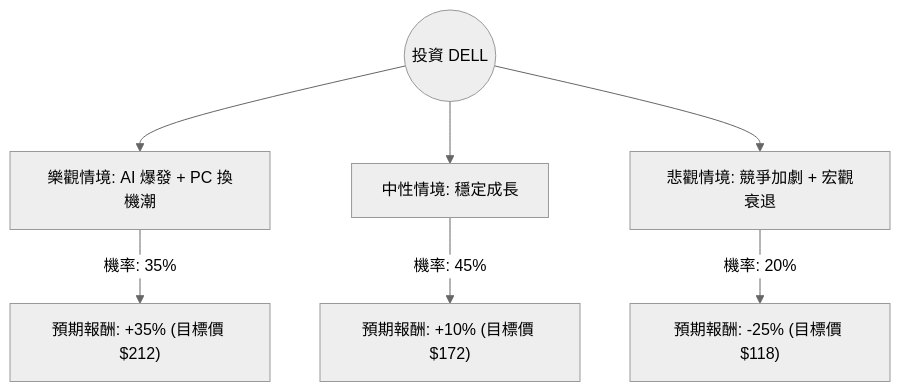
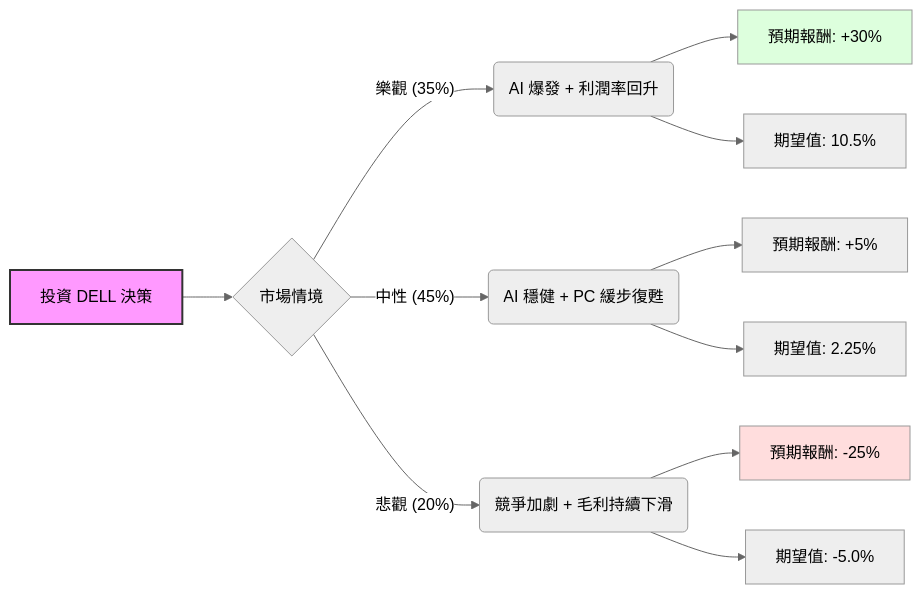
One commit to zmcx16/zmcx16.github.io changed the diagram in plugin-react/ai-analysis/ev-analysis/DELL.md. Above: the diagram before and after it, drawn with Mermaid (neutral theme). The commit also changed other lines of this file and 70 other files, not shown here.

````diff
--- a/plugin-react/ai-analysis/ev-analysis/DELL.md
+++ b/plugin-react/ai-analysis/ev-analysis/DELL.md
@@ -20,10 +19,20 @@
 ```mermaid
-graph TD
-    Start((投資 DELL)) --> Bull[樂觀情境: AI 爆發 + PC 換機潮]
-    Start --> Base[中性情境: 穩定成長]
-    Start --> Bear[悲觀情境: 競爭加劇 + 宏觀衰退]
+graph LR
+    A[投資 DELL 決策] --> B{市場情境}
+    
+    B -- 樂觀 (35%) --> C(AI 爆發 + 利潤率回升)
+    C --> C1[預期報酬: +30%]
+    C --> C2[期望值: 10.5%]
 
-    Bull -- "機率: 35%" --> Bull_EV["預期報酬: +35% (目標價 $212)"]
-    Base -- "機率: 45%" --> Base_EV["預期報酬: +10% (目標價 $172)"]
-    Bear -- "機率: 20%" --> Bear_EV["預期報酬: -25% (目標價 $118)"]
+    B -- 中性 (45%) --> D(AI 穩健 + PC 緩步復甦)
+    D --> D1[預期報酬: +5%]
+    D --> D2[期望值: 2.25%]
+
+    B -- 悲觀 (20%) --> E(競爭加劇 + 毛利持續下滑)
+    E --> E1[預期報酬: -25%]
+    E --> E2[期望值: -5.0%]
+
+    style A fill:#f9f,stroke:#333,stroke-width:2px
+    style C1 fill:#dfd
+    style E1 fill:#fdd
 ```
````
